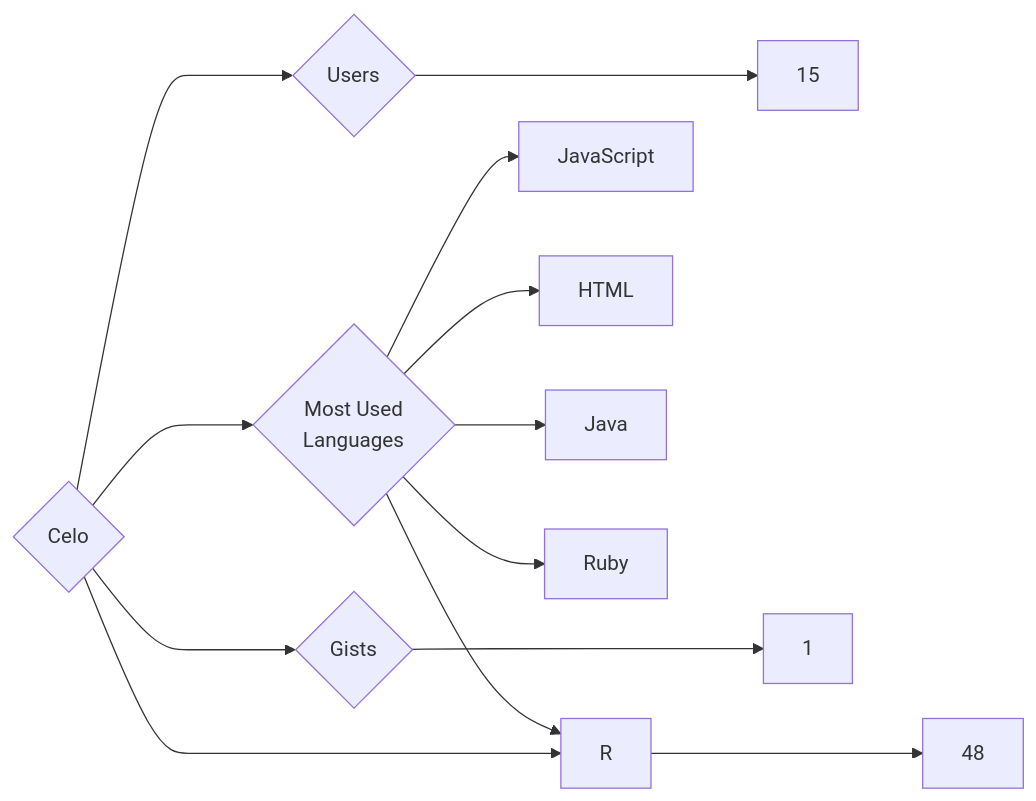
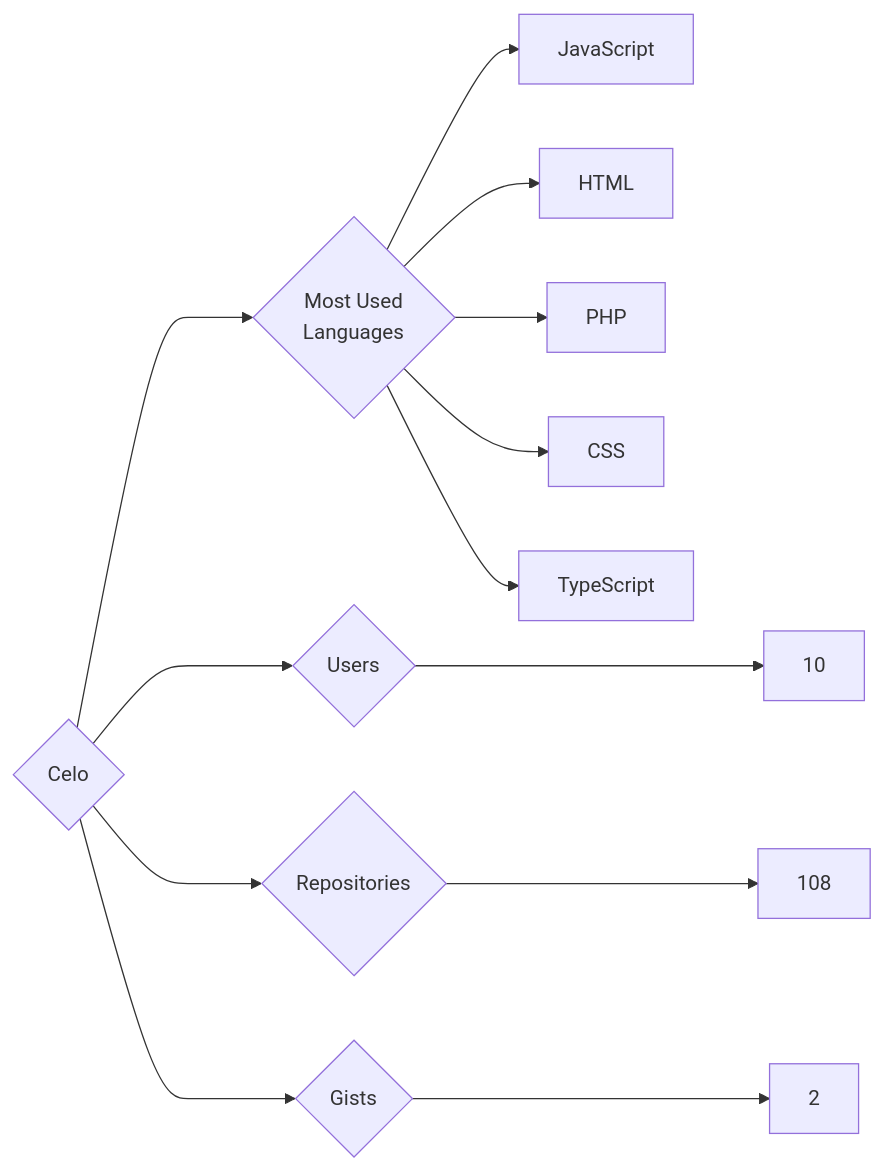
The diagram in targets/Celo/README.md (trickest/insiders), drawn with Mermaid before and after one commit. The commit also changed 935 other files, not shown here.

````diff
--- a/targets/Celo/README.md
+++ b/targets/Celo/README.md
@@ -3,13 +3,13 @@
 ```mermaid
 graph LR
 COMPANY_NAME{Celo}
-COMPANY_NAME ---> U{Users} ---> UN[15]
-COMPANY_NAME ---> R{Repositories} ---> RN[48]
-COMPANY_NAME ---> G{Gists} ---> GN[1]
+COMPANY_NAME ---> U{Users} ---> UN[10]
+COMPANY_NAME ---> R{Repositories} ---> RN[108]
+COMPANY_NAME ---> G{Gists} ---> GN[2]
 COMPANY_NAME ---> ML{Most Used<br>Languages}
 ML --> JavaScript[JavaScript]
 ML --> HTML[HTML]
-ML --> Java[Java]
-ML --> R[R]
-ML --> Ruby[Ruby]
+ML --> PHP[PHP]
+ML --> CSS[CSS]
+ML --> TypeScript[TypeScript]
 ```
````
